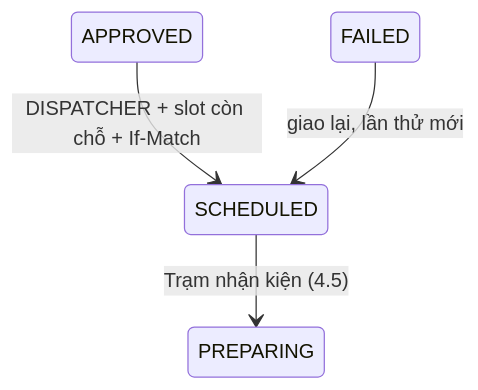
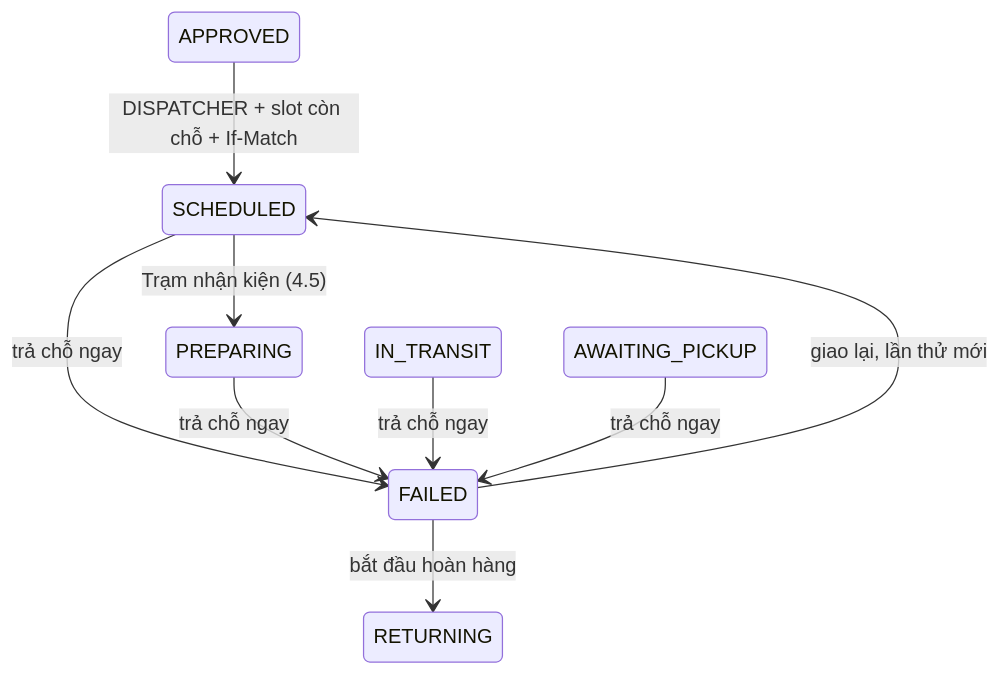
One commit to mytrongcomvn789-lab/java_project changed the first of 2 diagrams in docs/05-api/scheduling-api.md. Above: the diagram before and after it, drawn with Mermaid. The commit also changed other lines of this file and 4 other files, not shown here.

````diff
--- a/docs/05-api/scheduling-api.md
+++ b/docs/05-api/scheduling-api.md
@@ -16,6 +28,11 @@
 ```mermaid
 stateDiagram-v2
     APPROVED --> SCHEDULED: DISPATCHER + slot còn chỗ + If-Match
     FAILED --> SCHEDULED: giao lại, lần thử mới
     SCHEDULED --> PREPARING: Trạm nhận kiện (4.5)
+    SCHEDULED --> FAILED: trả chỗ ngay
+    PREPARING --> FAILED: trả chỗ ngay
+    IN_TRANSIT --> FAILED: trả chỗ ngay
+    AWAITING_PICKUP --> FAILED: trả chỗ ngay
+    FAILED --> RETURNING: bắt đầu hoàn hàng
 ```
````
